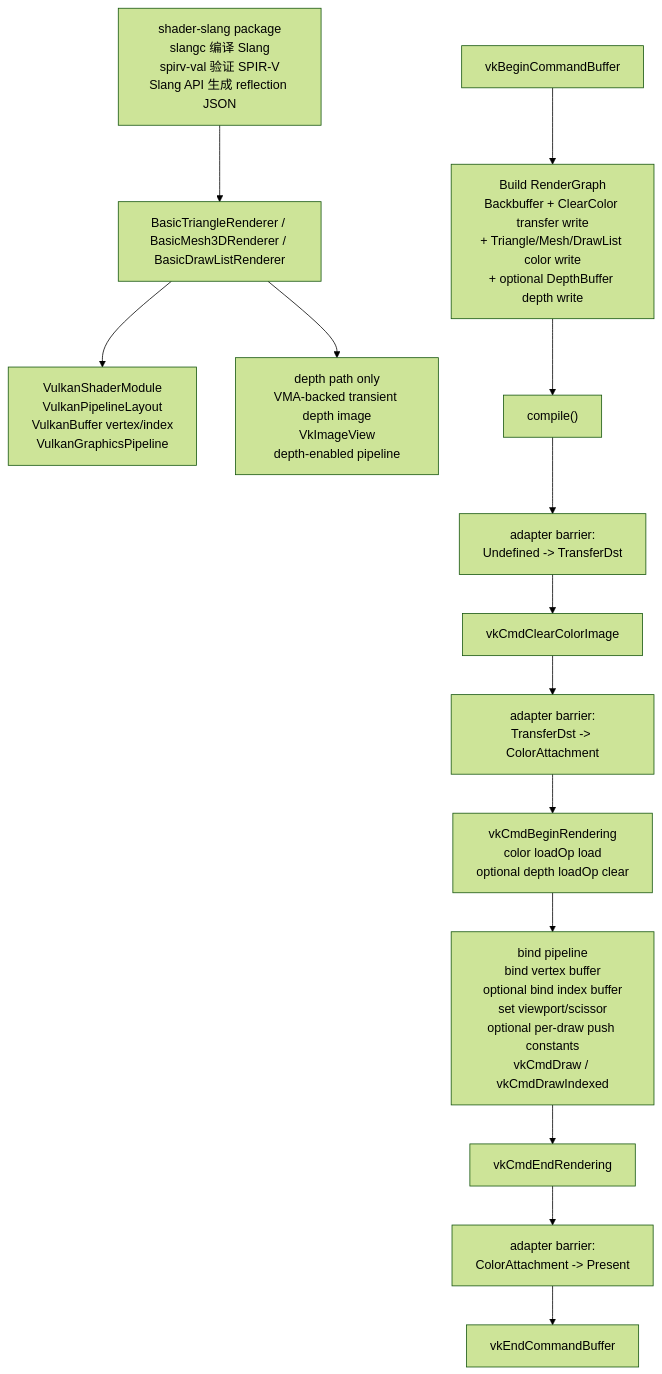
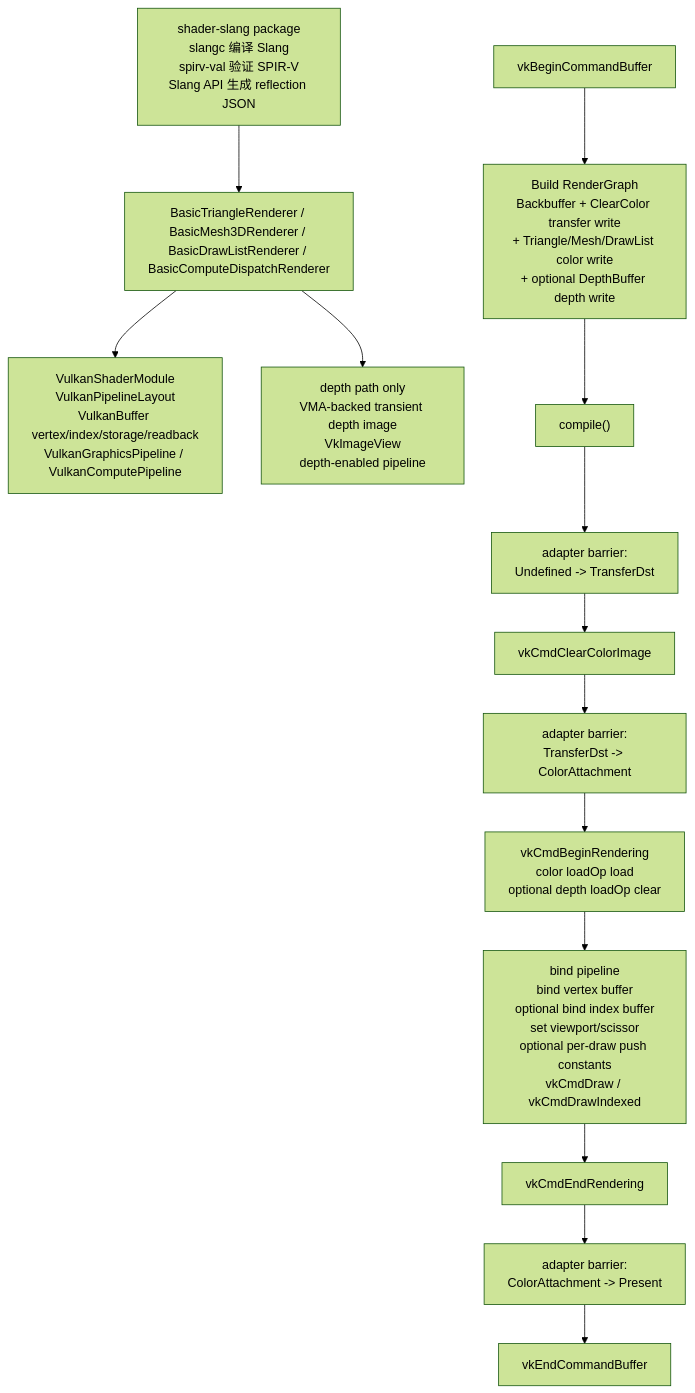
The eighth of 14 diagrams in docs/architecture/flow.md (66six11/Engine), drawn with Mermaid (forest theme) before and after one commit. The commit also changed other lines of this file and 20 other files, not shown here.

Commit message:
feat: add rendergraph compute dispatch path

````diff
--- a/docs/architecture/flow.md
+++ b/docs/architecture/flow.md
@@ -383,22 +390,22 @@
 ```mermaid
 flowchart TD
     ShaderBuild["shader-slang package<br/>slangc 编译 Slang<br/>spirv-val 验证 SPIR-V<br/>Slang API 生成 reflection JSON"]
-    RendererObject["BasicTriangleRenderer / BasicMesh3DRenderer / BasicDrawListRenderer"]
-    PipelineObjects["VulkanShaderModule<br/>VulkanPipelineLayout<br/>VulkanBuffer vertex/index<br/>VulkanGraphicsPipeline"]
+    RendererObject["BasicTriangleRenderer / BasicMesh3DRenderer / BasicDrawListRenderer / BasicComputeDispatchRenderer"]
+    PipelineObjects["VulkanShaderModule<br/>VulkanPipelineLayout<br/>VulkanBuffer vertex/index/storage/readback<br/>VulkanGraphicsPipeline / VulkanComputePipeline"]
     DepthObjects["depth path only<br/>VMA-backed transient depth image<br/>VkImageView<br/>depth-enabled pipeline"]
     Begin["vkBeginCommandBuffer"]
     BuildGraph["Build RenderGraph<br/>Backbuffer + ClearColor transfer write<br/>+ Triangle/Mesh/DrawList color write<br/>+ optional DepthBuffer depth write"]
     Compile["compile()"]
     ToTransfer["adapter barrier:<br/>Undefined -> TransferDst"]
     Clear["vkCmdClearColorImage"]
     ToColor["adapter barrier:<br/>TransferDst -> ColorAttachment"]
     BeginRendering["vkCmdBeginRendering<br/>color loadOp load<br/>optional depth loadOp clear"]
     Draw["bind pipeline<br/>bind vertex buffer<br/>optional bind index buffer<br/>set viewport/scissor<br/>optional per-draw push constants<br/>vkCmdDraw / vkCmdDrawIndexed"]
     EndRendering["vkCmdEndRendering"]
     ToPresent["adapter barrier:<br/>ColorAttachment -> Present"]
     End["vkEndCommandBuffer"]
 
     ShaderBuild --> RendererObject --> PipelineObjects
     RendererObject --> DepthObjects
     Begin --> BuildGraph --> Compile --> ToTransfer --> Clear --> ToColor --> BeginRendering --> Draw --> EndRendering --> ToPresent --> End
 ```
````
